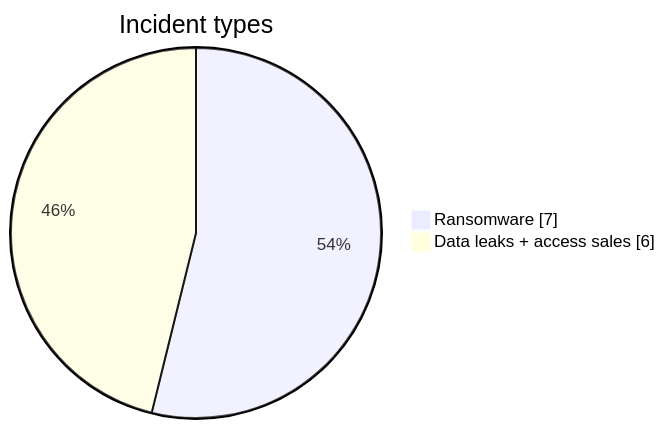
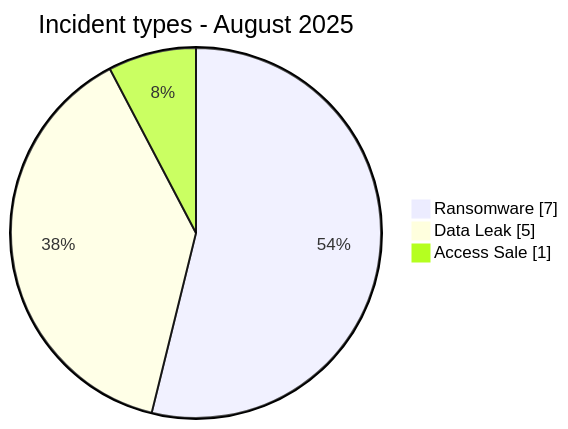
The first of 3 diagrams in CyberAttackAfrica/2025/08-august/README.md (Hatchepsoute/AFRINTEL), drawn with Mermaid before and after one commit. The commit also changed other lines of this file and 35 other files, not shown here.

````diff
--- a/CyberAttackAfrica/2025/08-august/README.md
+++ b/CyberAttackAfrica/2025/08-august/README.md
@@ -114,6 +70,7 @@
 ```mermaid
 pie showData
-    title Incident types
+    title Incident types - August 2025
     "Ransomware" : 7
-    "Data leaks + access sales" : 6
+    "Data Leak" : 5
+    "Access Sale" : 1
 ```
````
